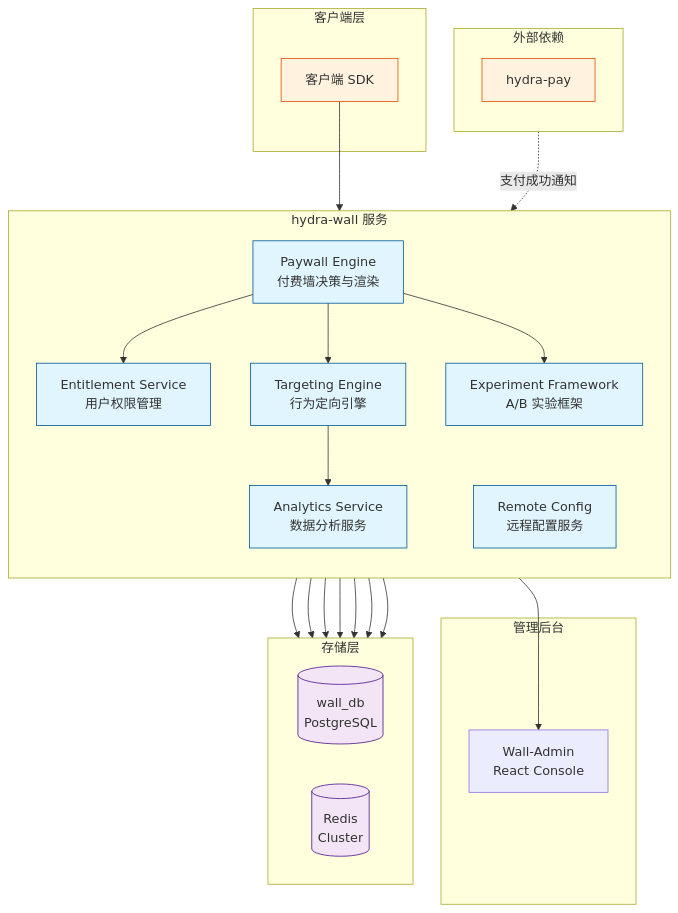
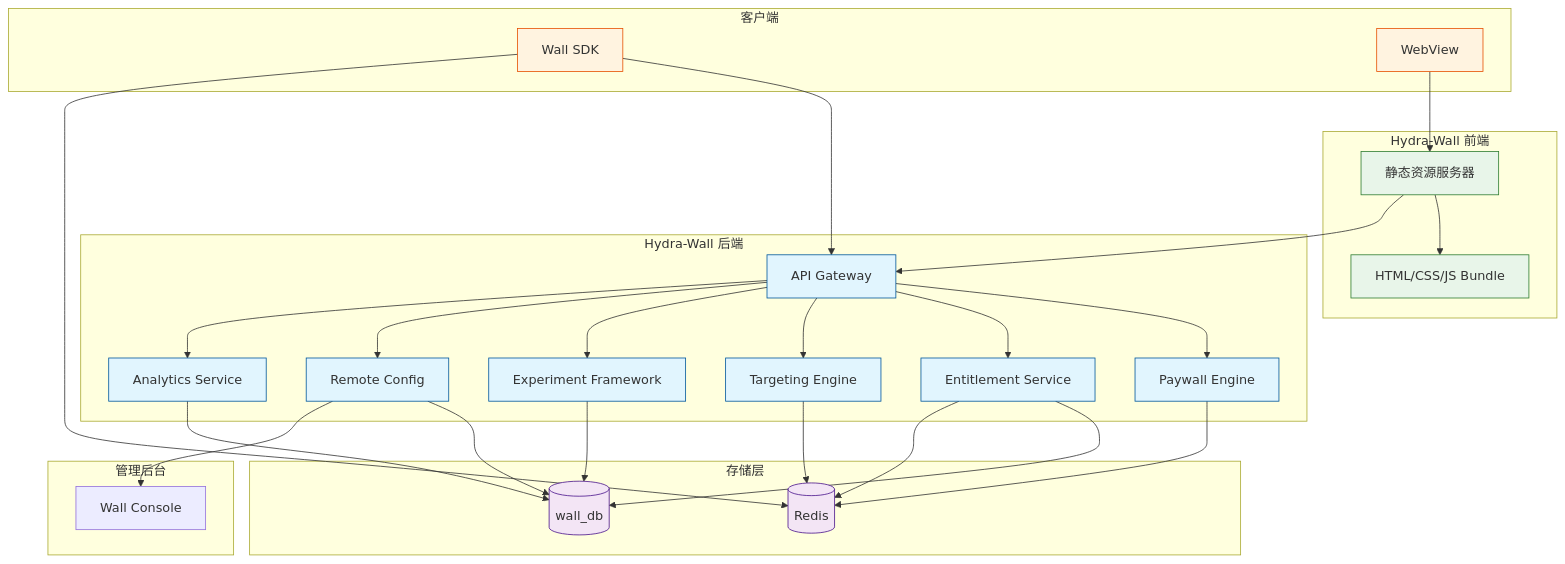
One commit to HiCooper/star-river changed the first of 8 diagrams in docs-site/dev/wall/service-architecture.md. Above: the diagram before and after it, drawn with Mermaid. The commit also changed other lines of this file and 13 other files, not shown here.

````diff
--- a/docs-site/dev/wall/service-architecture.md
+++ b/docs-site/dev/wall/service-architecture.md
@@ -7,56 +14,64 @@
 ```mermaid
-flowchart TB
-    subgraph Client["客户端层"]
-        SDK[客户端 SDK]
+graph TB
+    subgraph Client["客户端"]
+        SDK[Wall SDK]
+        WV[WebView]
     end
 
-    subgraph WallService["hydra-wall 服务"]
-        direction TB
-        PE[Paywall Engine<br/>付费墙决策与渲染]
-        ES[Entitlement Service<br/>用户权限管理]
-        TE[Targeting Engine<br/>行为定向引擎]
-        EF[Experiment Framework<br/>A/B 实验框架]
-        RC[Remote Config<br/>远程配置服务]
-        AS[Analytics Service<br/>数据分析服务]
+    subgraph Frontend["Hydra-Wall 前端"]
+        FE[静态资源服务器]
+        HTML[HTML/CSS/JS Bundle]
+    end
+
+    subgraph Backend["Hydra-Wall 后端"]
+        API[API Gateway]
+        PE[Paywall Engine]
+        ES[Entitlement Service]
+        TE[Targeting Engine]
+        EXP[Experiment Framework]
+        RC[Remote Config]
+        AS[Analytics Service]
+    end
+
+    subgraph Storage["存储层"]
+        DB[(wall_db)]
+        Redis[(Redis)]
     end
 
     subgraph Admin["管理后台"]
-        WA[Wall-Admin<br/>React Console]
+        WA[Wall Console]
     end
 
-    subgraph Storage["存储层"]
-        direction LR
-        DB[(wall_db<br/>PostgreSQL)]
-        RD[(Redis<br/>Cluster)]
-    end
+    SDK --> API
+    SDK --> Redis
+    WV --> FE
+    FE --> HTML
+    FE --> API
 
-    subgraph External["外部依赖"]
-        direction TB
-        Pay[hydra-pay]
-    end
+    API --> PE
+    API --> ES
+    API --> TE
+    API --> EXP
+    API --> RC
+    API --> AS
 
-    SDK --> PE
-    PE --> ES
-    PE --> TE
-    PE --> EF
-    TE --> AS
+    PE --> Redis
+    ES --> DB
+    ES --> Redis
+    TE --> Redis
+    AS --> DB
+    EXP --> DB
+    RC --> DB
+
     RC --> WA
 
-    PE --> RD
-    ES --> DB
-    ES --> RD
-    TE --> RD
-    AS --> DB
-    EF --> DB
-    RC --> DB
+    classDef frontend fill:#e8f5e9,stroke:#2e7d32
+    classDef backend fill:#e1f5fe,stroke:#01579b
+    classDef storage fill:#f3e5f5,stroke:#4a148c
+    classDef client fill:#fff3e0,stroke:#e65100
 
-    Pay -.->|支付成功通知| ES
-
-    classDef service fill:#e1f5fe,stroke:#01579b
-    classDef storage fill:#f3e5f5,stroke:#4a148c
-    classDef external fill:#fff3e0,stroke:#e65100
-
-    class PE,ES,TE,EF,RC,AS service
-    class DB,RD storage
-    class Pay,SDK external
+    class FE,HTML frontend
+    class API,PE,ES,TE,EXP,RC,AS backend
+    class DB,Redis storage
+    class SDK,WV client
 ```
````
